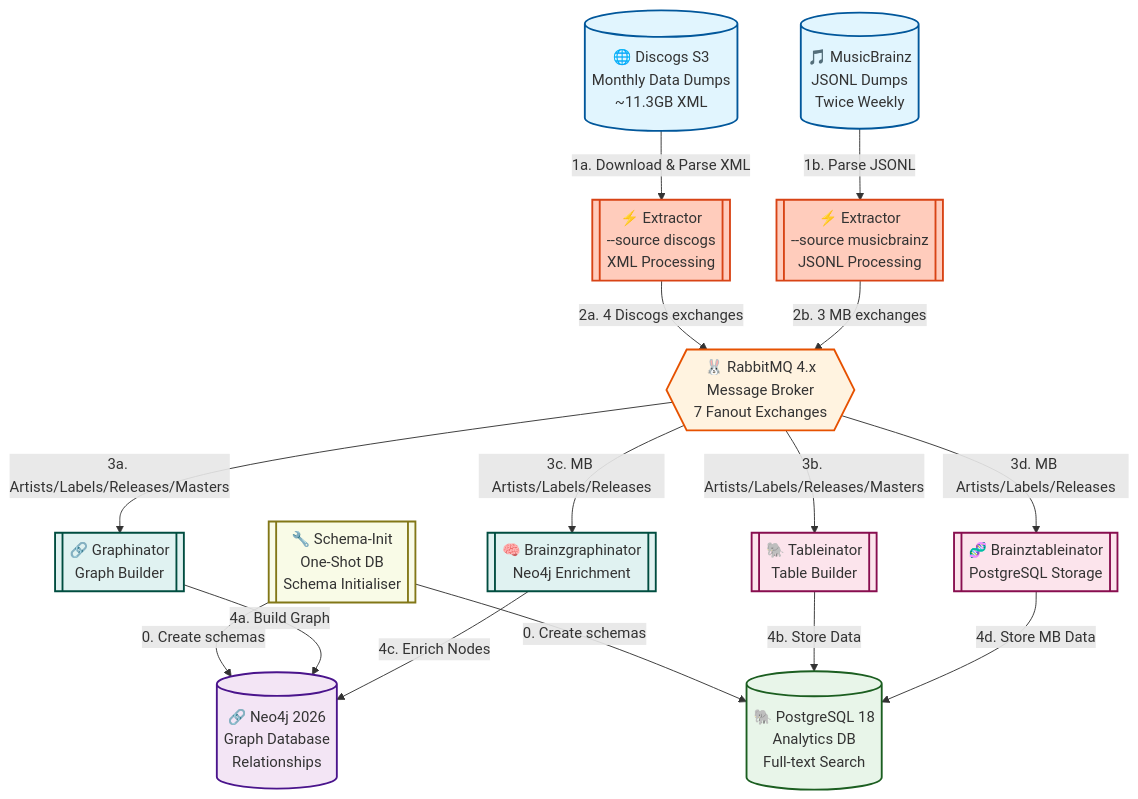
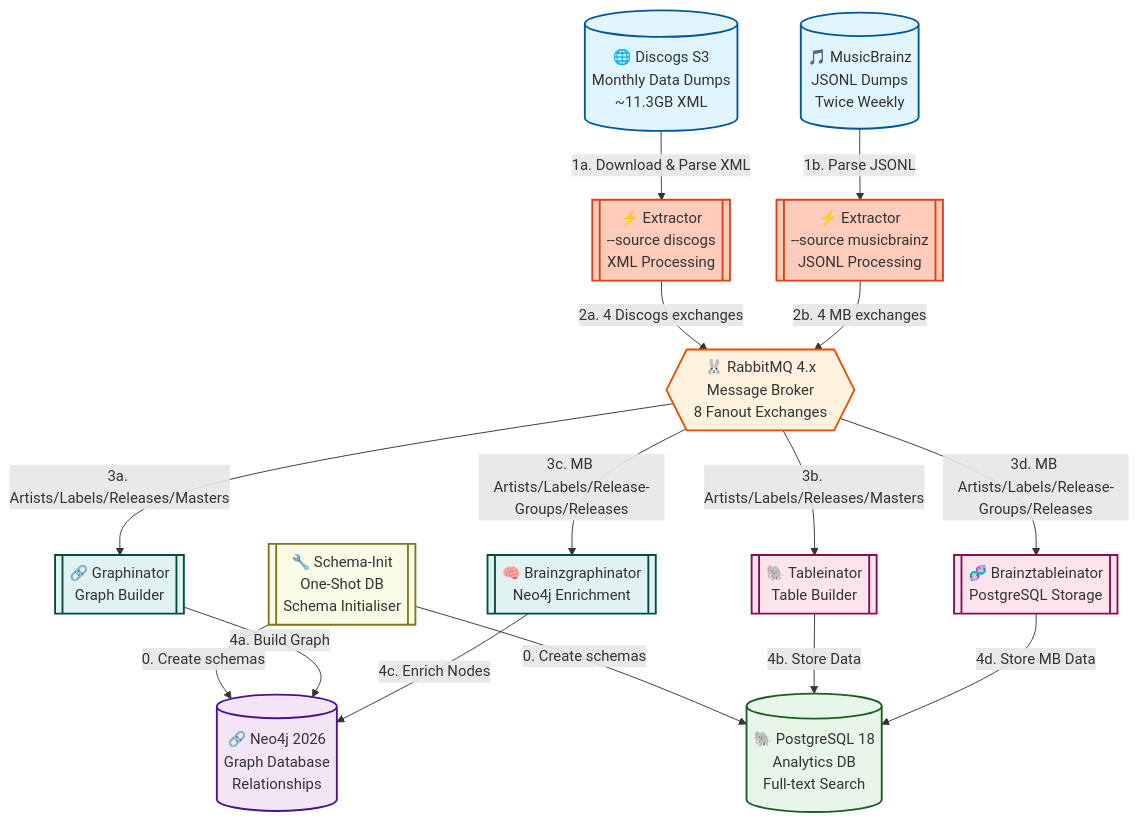
One commit to groovemap-music/deployment changed the first of 6 diagrams in docs/architecture.md. Above: the diagram before and after it, drawn with Mermaid. The commit also changed other lines of this file and 11 other files, not shown here.

````diff
--- a/docs/architecture.md
+++ b/docs/architecture.md
@@ -53,43 +53,43 @@
 ```mermaid
 graph TD
     S3[("🌐 Discogs S3<br/>Monthly Data Dumps<br/>~11.3GB XML")]
     MB[("🎵 MusicBrainz<br/>JSONL Dumps<br/>Twice Weekly")]
     SCHEMA[["🔧 Schema-Init<br/>One-Shot DB<br/>Schema Initialiser"]]
     EXT_D[["⚡ Extractor<br/>--source discogs<br/>XML Processing"]]
     EXT_MB[["⚡ Extractor<br/>--source musicbrainz<br/>JSONL Processing"]]
-    RMQ{{"🐰 RabbitMQ 4.x<br/>Message Broker<br/>7 Fanout Exchanges"}}
+    RMQ{{"🐰 RabbitMQ 4.x<br/>Message Broker<br/>8 Fanout Exchanges"}}
     NEO4J[("🔗 Neo4j 2026<br/>Graph Database<br/>Relationships")]
     PG[("🐘 PostgreSQL 18<br/>Analytics DB<br/>Full-text Search")]
     GRAPH[["🔗 Graphinator<br/>Graph Builder"]]
     TABLE[["🐘 Tableinator<br/>Table Builder"]]
     BGRAPH[["🧠 Brainzgraphinator<br/>Neo4j Enrichment"]]
     BTABLE[["🧬 Brainztableinator<br/>PostgreSQL Storage"]]
 
     SCHEMA -->|0. Create schemas| NEO4J
     SCHEMA -->|0. Create schemas| PG
     S3 -->|1a. Download & Parse XML| EXT_D
     MB -->|1b. Parse JSONL| EXT_MB
     EXT_D -->|2a. 4 Discogs exchanges| RMQ
-    EXT_MB -->|2b. 3 MB exchanges| RMQ
+    EXT_MB -->|2b. 4 MB exchanges| RMQ
     RMQ -->|3a. Artists/Labels/Releases/Masters| GRAPH
     RMQ -->|3b. Artists/Labels/Releases/Masters| TABLE
-    RMQ -->|3c. MB Artists/Labels/Releases| BGRAPH
-    RMQ -->|3d. MB Artists/Labels/Releases| BTABLE
+    RMQ -->|3c. MB Artists/Labels/Release-Groups/Releases| BGRAPH
+    RMQ -->|3d. MB Artists/Labels/Release-Groups/Releases| BTABLE
     GRAPH -->|4a. Build Graph| NEO4J
     TABLE -->|4b. Store Data| PG
     BGRAPH -->|4c. Enrich Nodes| NEO4J
     BTABLE -->|4d. Store MB Data| PG
 
     style S3 fill:#e1f5fe,stroke:#01579b,stroke-width:2px
     style MB fill:#e1f5fe,stroke:#01579b,stroke-width:2px
     style SCHEMA fill:#f9fbe7,stroke:#827717,stroke-width:2px
     style EXT_D fill:#ffccbc,stroke:#d84315,stroke-width:2px
     style EXT_MB fill:#ffccbc,stroke:#d84315,stroke-width:2px
     style RMQ fill:#fff3e0,stroke:#e65100,stroke-width:2px
     style NEO4J fill:#f3e5f5,stroke:#4a148c,stroke-width:2px
     style PG fill:#e8f5e9,stroke:#1b5e20,stroke-width:2px
     style GRAPH fill:#e0f2f1,stroke:#004d40,stroke-width:2px
     style TABLE fill:#fce4ec,stroke:#880e4f,stroke-width:2px
     style BGRAPH fill:#e0f2f1,stroke:#004d40,stroke-width:2px
     style BTABLE fill:#fce4ec,stroke:#880e4f,stroke-width:2px
 ```
````
